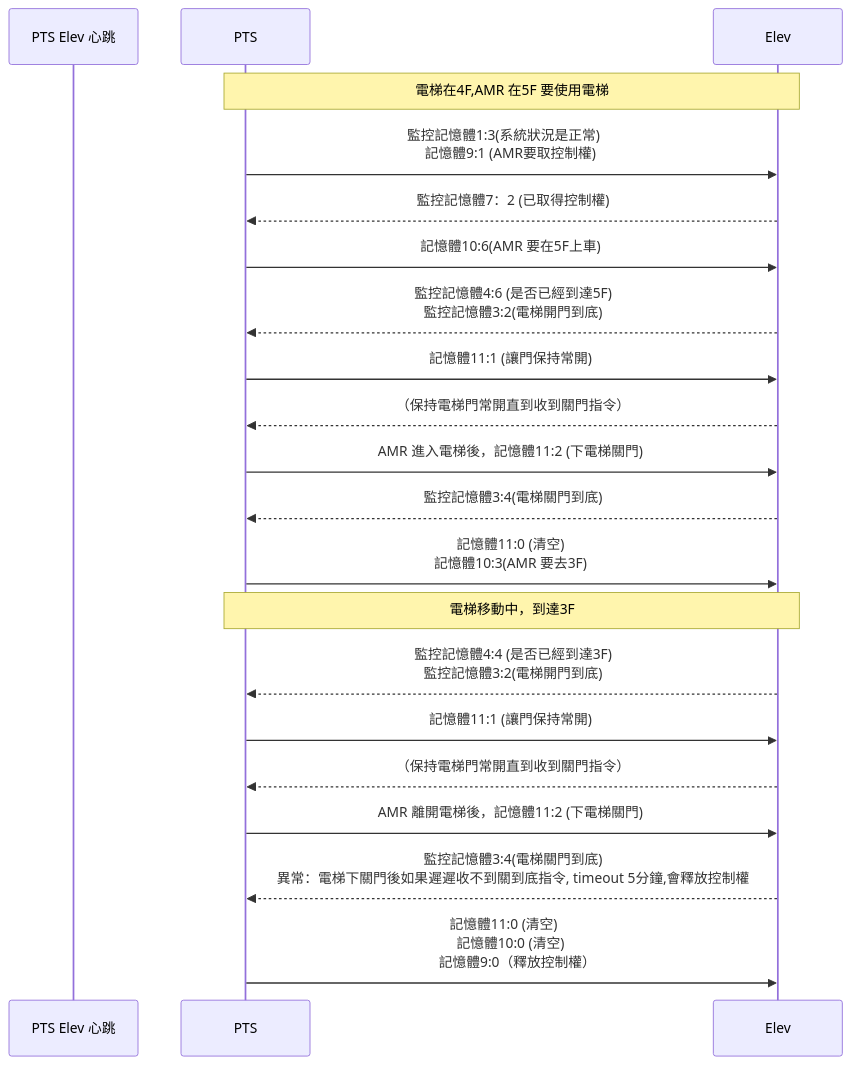
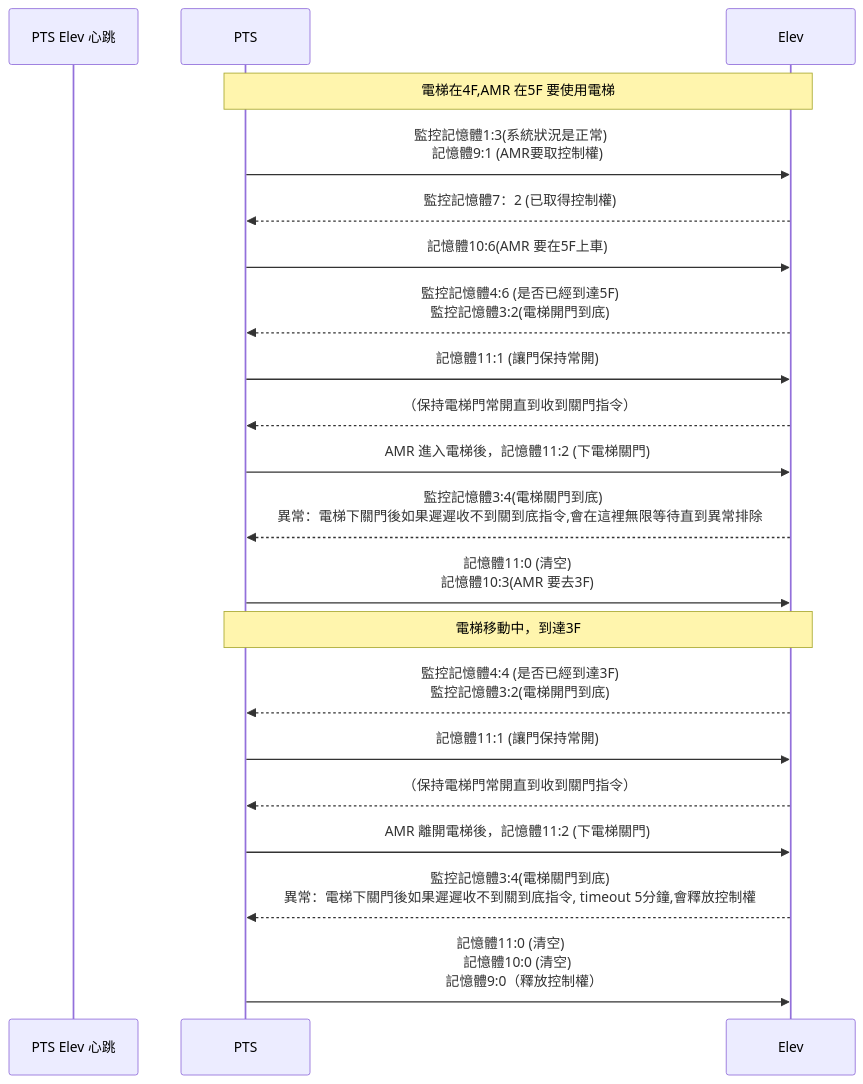
Before and after one commit to athena-tircgo/amr-elev-Zhunan: the second of 2 diagrams in README.md, drawn with Mermaid.

````diff
--- a/README.md
+++ b/README.md
@@ -23,26 +23,26 @@
 ```mermaid
 sequenceDiagram
 
     participant PTS Elev 心跳
     participant PTS
     participant Elev
 
  note over PTS,Elev: 電梯在4F,AMR 在5F 要使用電梯
         PTS->>Elev:監控記憶體1:3(系統狀況是正常)　<br>記憶體9:1 (AMR要取控制權)
         Elev-->>PTS:監控記憶體7：2 (已取得控制權)
         PTS->>Elev: 記憶體10:6(AMR 要在5F上車)
         Elev-->>PTS:監控記憶體4:6 (是否已經到達5F) <BR> 監控記憶體3:2(電梯開門到底)
         PTS->>Elev: 記憶體11:1 (讓門保持常開)
         Elev-->>PTS:（保持電梯門常開直到收到關門指令）　　
         PTS->>Elev: AMR 進入電梯後，記憶體11:2 (下電梯關門)
-        Elev-->>PTS: 監控記憶體3:4(電梯關門到底)
+        Elev-->>PTS: 監控記憶體3:4(電梯關門到底)　<br> 異常：電梯下關門後如果遲遲收不到關到底指令,會在這裡無限等待直到異常排除
         PTS->>Elev: 記憶體11:0 (清空) <br> 記憶體10:3(AMR 要去3F)
  note over PTS,Elev: 電梯移動中，到達3F
 　　　　　Elev-->>PTS: 監控記憶體4:4 (是否已經到達3F) <BR> 監控記憶體3:2(電梯開門到底)
         PTS->>Elev: 記憶體11:1 (讓門保持常開)
         Elev-->>PTS:（保持電梯門常開直到收到關門指令）　　　
         PTS->>Elev: AMR 離開電梯後，記憶體11:2 (下電梯關門)
         Elev-->>PTS: 監控記憶體3:4(電梯關門到底) <br> 異常：電梯下關門後如果遲遲收不到關到底指令, timeout 5分鐘,會釋放控制權
         PTS->>Elev: 記憶體11:0 (清空)　<br> 記憶體10:0 (清空) <br>　記憶體9:0（釋放控制權）
 　　　　　
 ```
````
